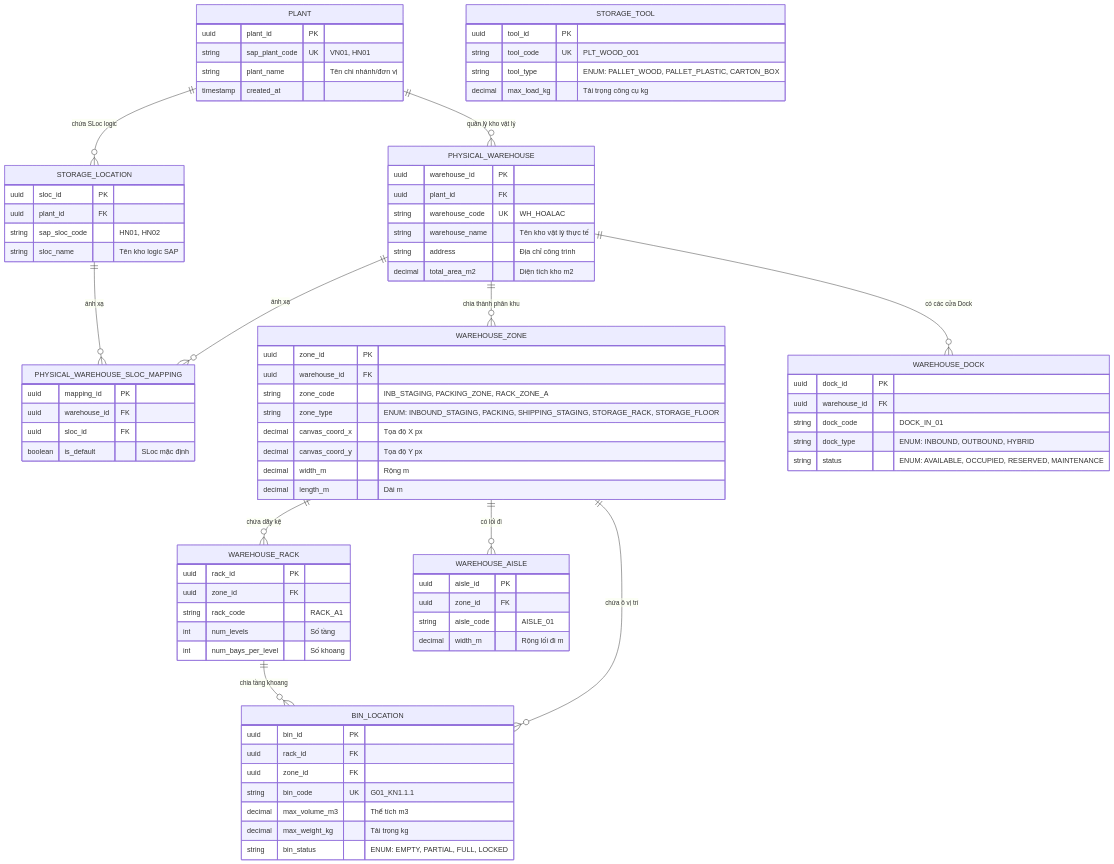
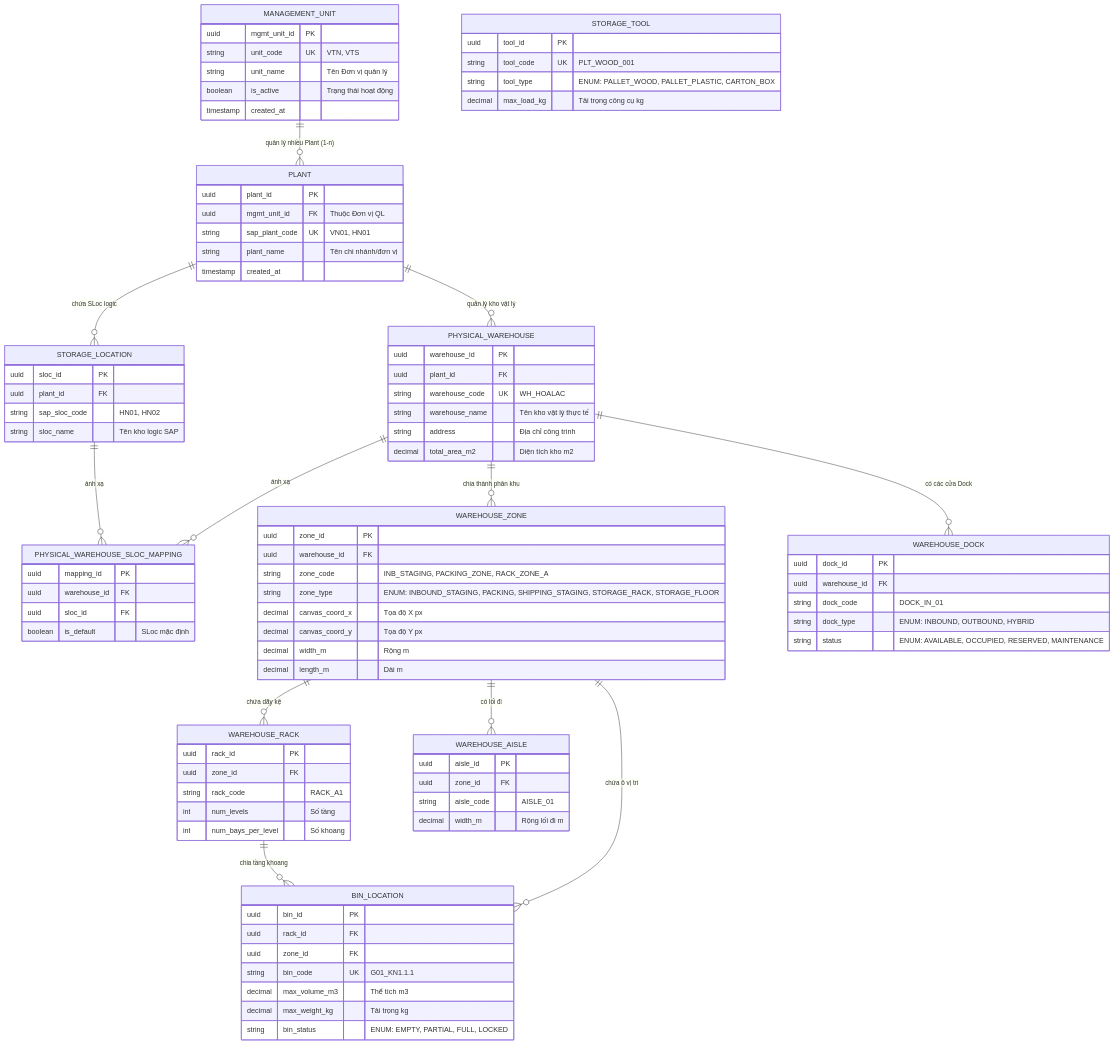
The second of 6 diagrams in dev/db/01_Entity_Attribute_Dictionary.md (EdwardTran04/Project_Management), drawn with Mermaid before and after one commit. The commit also changed other lines of this file and 3 other files, not shown here.

````diff
--- a/dev/db/01_Entity_Attribute_Dictionary.md
+++ b/dev/db/01_Entity_Attribute_Dictionary.md
@@ -150,7 +155,15 @@
 ```mermaid
 erDiagram
+    MANAGEMENT_UNIT {
+        uuid mgmt_unit_id PK
+        string unit_code UK "VTN, VTS"
+        string unit_name "Tên Đơn vị quản lý"
+        boolean is_active "Trạng thái hoạt động"
+        timestamp created_at
+    }
     PLANT {
         uuid plant_id PK
+        uuid mgmt_unit_id FK "Thuộc Đơn vị QL"
         string sap_plant_code UK "VN01, HN01"
         string plant_name "Tên chi nhánh/đơn vị"
         timestamp created_at
@@ -221,6 +234,7 @@
         decimal width_m "Rộng lối đi m"
     }
 
+    MANAGEMENT_UNIT ||--o{ PLANT : "quản lý nhiều Plant (1-n)"
     PLANT ||--o{ STORAGE_LOCATION : "chứa SLoc logic"
     PLANT ||--o{ PHYSICAL_WAREHOUSE : "quản lý kho vật lý"
     PHYSICAL_WAREHOUSE ||--o{ PHYSICAL_WAREHOUSE_SLOC_MAPPING : "ánh xạ"
````
